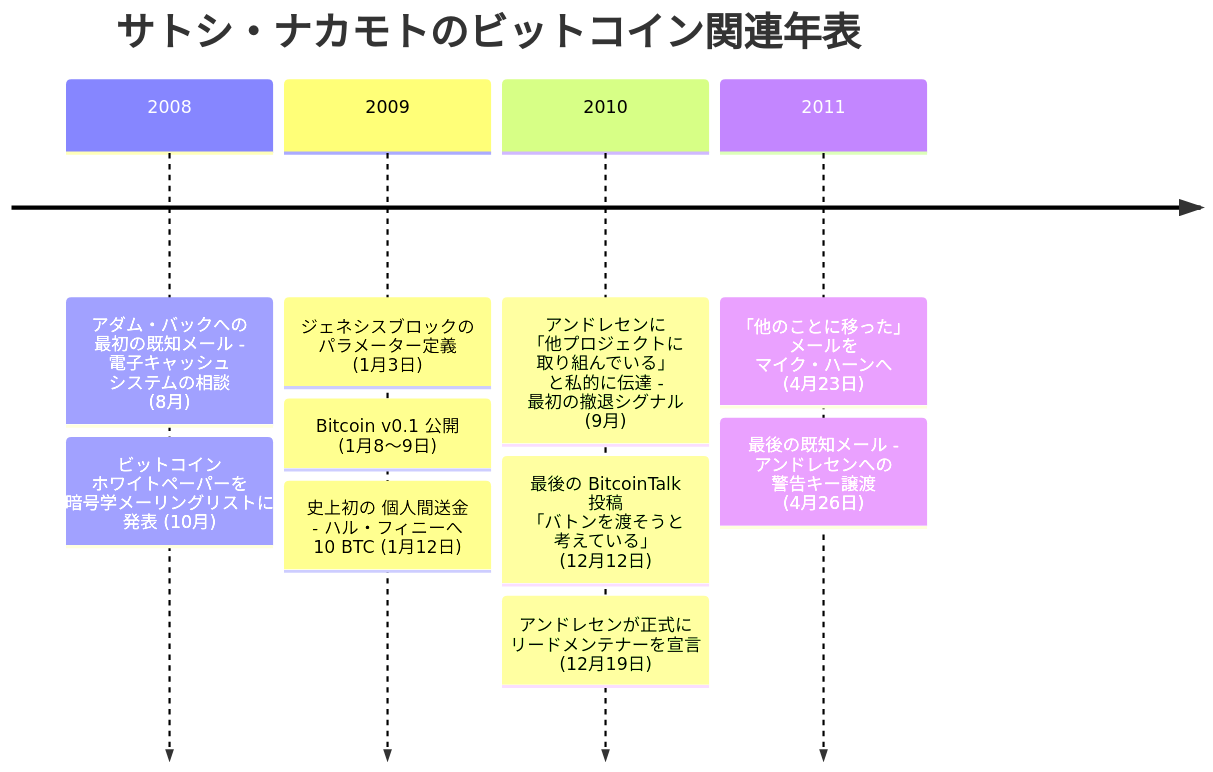
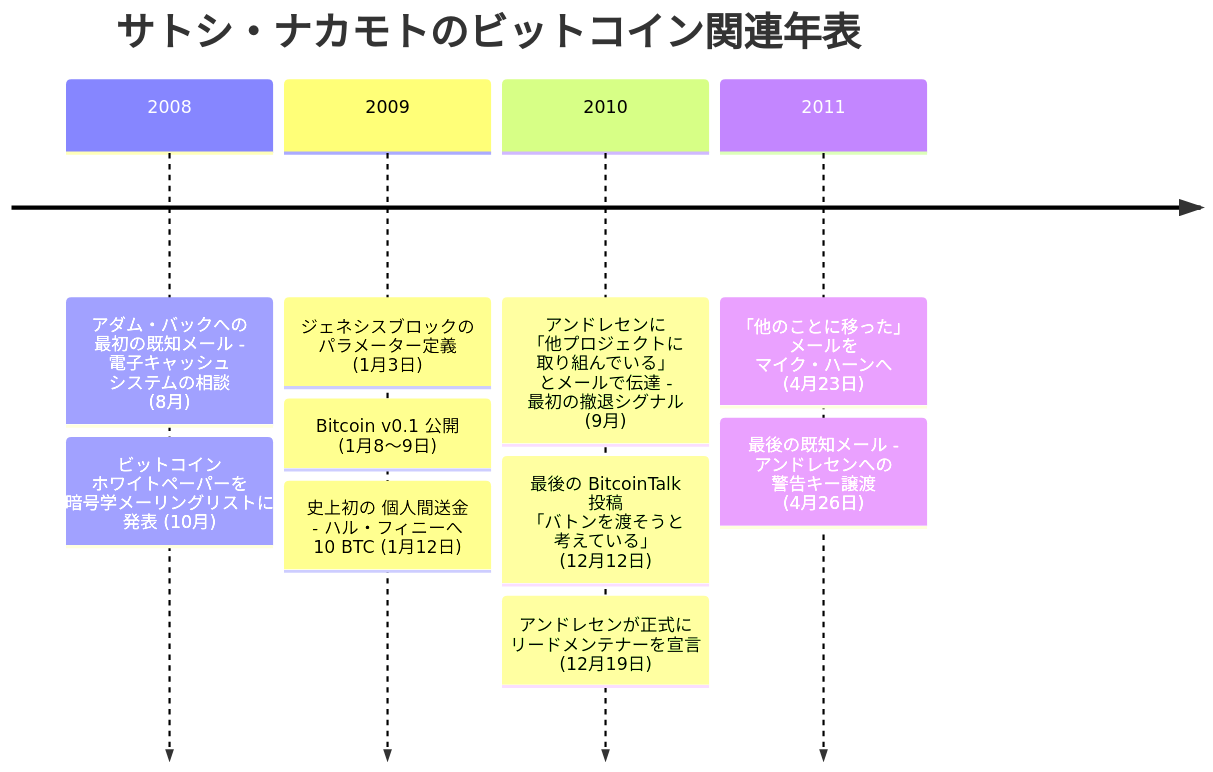
The diagram in src/data/translations/ja/aftermath/2008-10-31-satoshi-nakamoto-biography.md (cypher256/BitcoinArchive), drawn with Mermaid before and after one commit. The commit also changed other lines of this file and 30 other files, not shown here.

````diff
--- a/src/data/translations/ja/aftermath/2008-10-31-satoshi-nakamoto-biography.md
+++ b/src/data/translations/ja/aftermath/2008-10-31-satoshi-nakamoto-biography.md
@@ -60,14 +60,14 @@
 ```mermaid
 timeline
     title サトシ・ナカモトのビットコイン関連年表
     2008 : アダム・バックへの 最初の既知メール - 電子キャッシュ システムの相談 (8月)
          : ビットコイン ホワイトペーパーを 暗号学メーリングリストに 発表 (10月)
     2009 : ジェネシスブロックの パラメーター定義 (1月3日)
          : Bitcoin v0.1 公開 (1月8〜9日)
          : 史上初の 個人間送金 - ハル・フィニーへ 10 BTC (1月12日)
-    2010 : アンドレセンに 「他プロジェクトに 取り組んでいる」 と私的に伝達 - 最初の撤退シグナル (9月)
+    2010 : アンドレセンに 「他プロジェクトに 取り組んでいる」 とメールで伝達 - 最初の撤退シグナル (9月)
          : 最後の BitcoinTalk 投稿 「バトンを渡そうと 考えている」 (12月12日)
          : アンドレセンが正式に リードメンテナーを宣言 (12月19日)
     2011 : 「他のことに移った」 メールを マイク・ハーンへ (4月23日)
          : 最後の既知メール - アンドレセンへの 警告キー譲渡 (4月26日)
 ```
````
